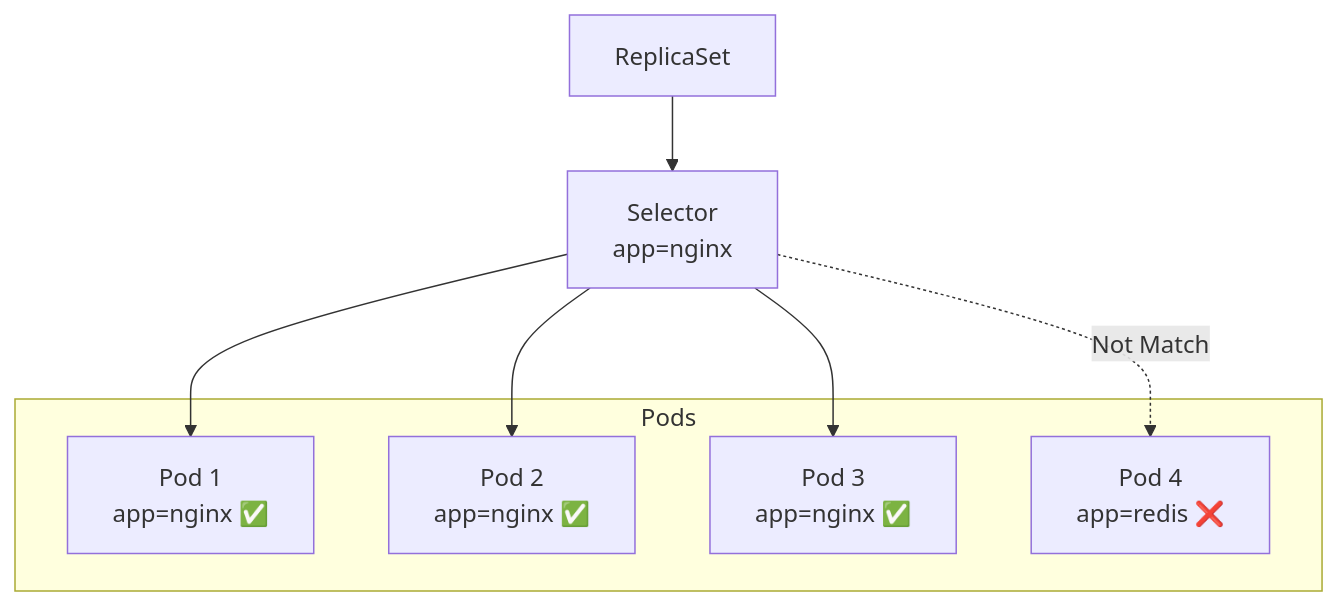
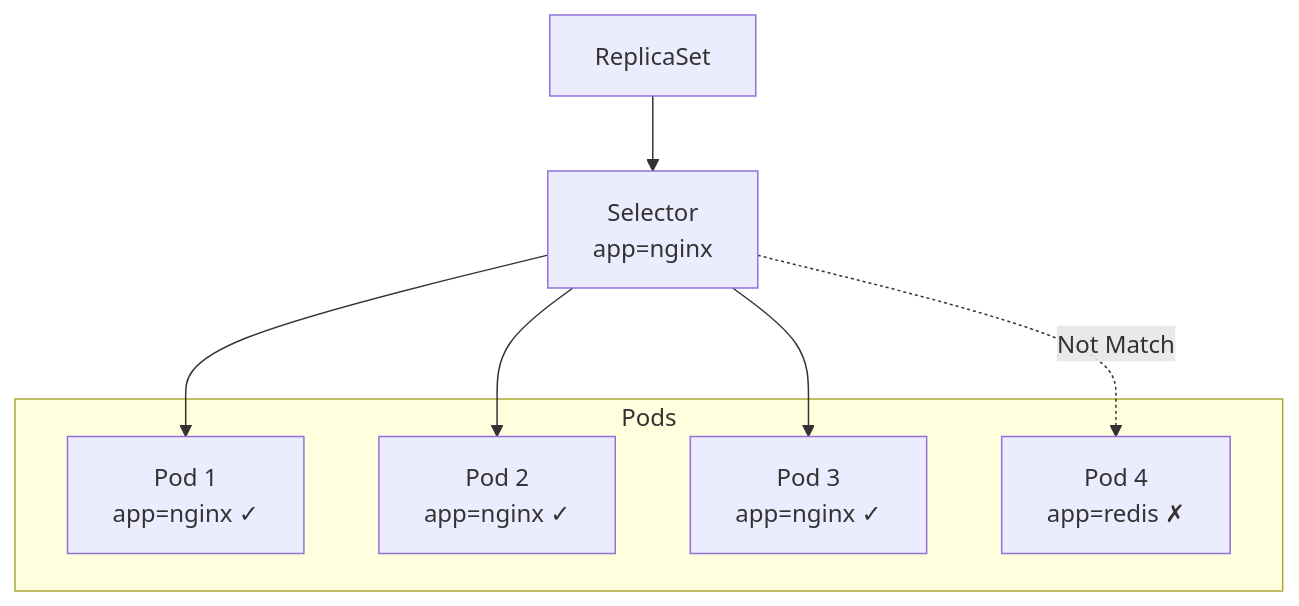
Diagram 16 of 43 in content/container-orchestration/kubernetes/replicaset-fundamentals.md (mustafammasoud/ops-handbook), drawn with Mermaid before and after one commit. The commit also changed other lines of this file and 2 other files, not shown here.

````diff
--- a/content/container-orchestration/kubernetes/replicaset-fundamentals.md
+++ b/content/container-orchestration/kubernetes/replicaset-fundamentals.md
@@ -387,20 +387,20 @@
 ```mermaid
 flowchart TB
     R["ReplicaSet"]
     S["Selector<br/>app=nginx"]
 
     R --> S
 
     subgraph Pods["Pods"]
-        P1["Pod 1<br/>app=nginx ✅"]
-        P2["Pod 2<br/>app=nginx ✅"]
-        P3["Pod 3<br/>app=nginx ✅"]
-        P4["Pod 4<br/>app=redis ❌"]
+        P1["Pod 1<br/>app=nginx ✓ "]
+        P2["Pod 2<br/>app=nginx ✓ "]
+        P3["Pod 3<br/>app=nginx ✓ "]
+        P4["Pod 4<br/>app=redis ✗"]
     end
 
     S --> P1
     S --> P2
     S --> P3
     S -. "Not Match" .-> P4
            
 ```
````
